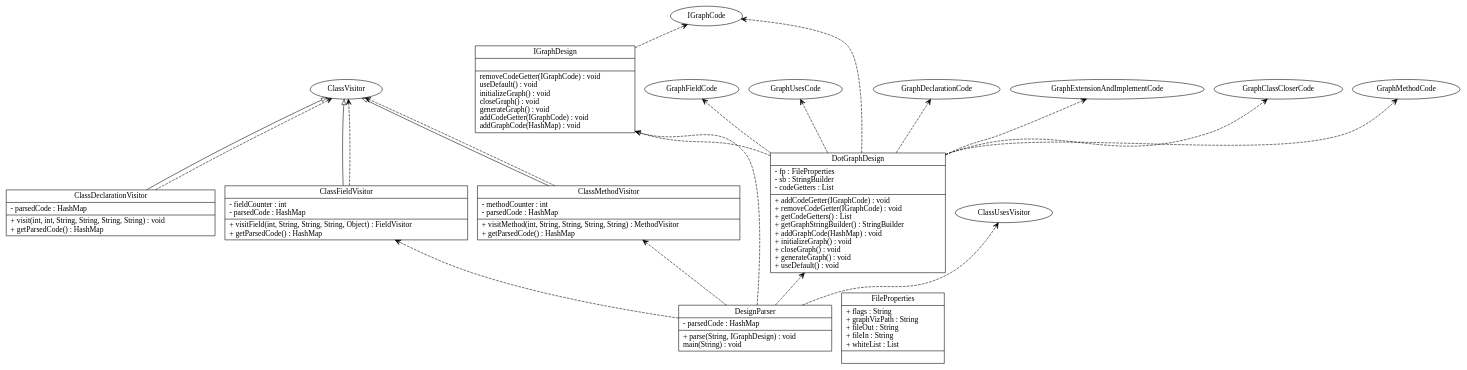
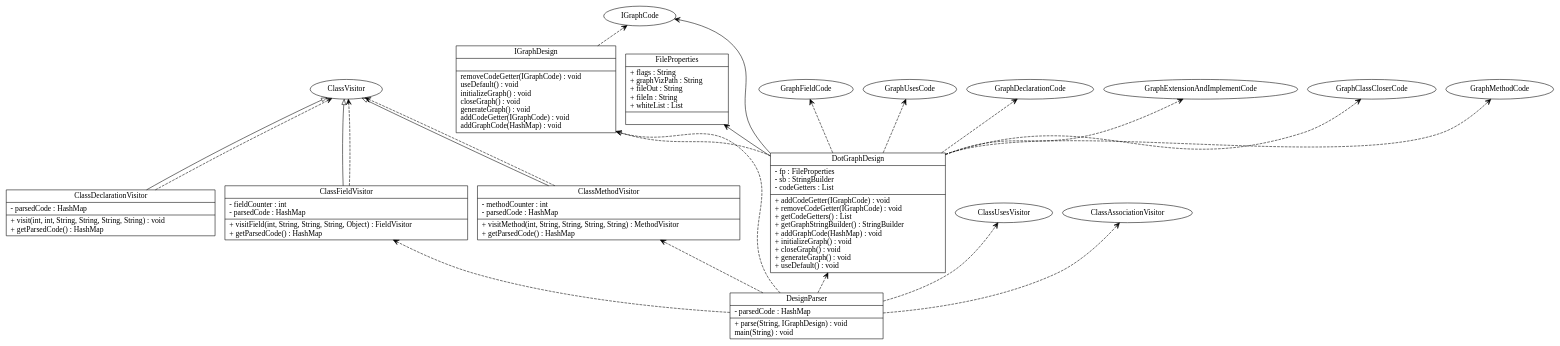
One commit to JGSquared/374Project changed the diagram in input_output/374Project.gv. Above: the diagram before and after it, drawn with Graphviz. The commit also changed 3 other files, not shown here.

Commit message:
Implemented code for Association arrows

```diff
--- a/input_output/374Project.gv
+++ b/input_output/374Project.gv
@@ -1,24 +1,24 @@
 digraph G{
 rankdir=BT;
 ClassDeclarationVisitor [
 shape="record",
 label = "{ClassDeclarationVisitor|- parsedCode : HashMap\l|+ visit(int, int, String, String, String, String) : void\l+ getParsedCode() : HashMap\l}"
 ];ClassDeclarationVisitor -> ClassVisitor [arrowhead="onormal", style="solid"];ClassDeclarationVisitor -> ClassVisitor [arrowhead="open", style="dashed"];ClassFieldVisitor [
 shape="record",
 label = "{ClassFieldVisitor|- fieldCounter : int\l- parsedCode : HashMap\l|+ visitField(int, String, String, String, Object) : FieldVisitor\l+ getParsedCode() : HashMap\l}"
 ];ClassFieldVisitor -> ClassVisitor [arrowhead="onormal", style="solid"];ClassFieldVisitor -> ClassVisitor [arrowhead="open", style="dashed"];ClassMethodVisitor [
 shape="record",
 label = "{ClassMethodVisitor|- methodCounter : int\l- parsedCode : HashMap\l|+ visitMethod(int, String, String, String, String) : MethodVisitor\l+ getParsedCode() : HashMap\l}"
 ];ClassMethodVisitor -> ClassVisitor [arrowhead="onormal", style="solid"];ClassMethodVisitor -> ClassVisitor [arrowhead="open", style="dashed"];DesignParser [
 shape="record",
 label = "{DesignParser|- parsedCode : HashMap\l|+ parse(String, IGraphDesign) : void\l main(String) : void\l}"
-];DesignParser -> IGraphDesign [arrowhead="open", style="dashed"];DesignParser -> DotGraphDesign [arrowhead="open", style="dashed"];DesignParser -> ClassUsesVisitor [arrowhead="open", style="dashed"];DesignParser -> ClassFieldVisitor [arrowhead="open", style="dashed"];DesignParser -> ClassMethodVisitor [arrowhead="open", style="dashed"];DotGraphDesign [
+];DesignParser -> IGraphDesign [arrowhead="open", style="dashed"];DesignParser -> DotGraphDesign [arrowhead="open", style="dashed"];DesignParser -> ClassUsesVisitor [arrowhead="open", style="dashed"];DesignParser -> ClassAssociationVisitor [arrowhead="open", style="dashed"];DesignParser -> ClassFieldVisitor [arrowhead="open", style="dashed"];DesignParser -> ClassMethodVisitor [arrowhead="open", style="dashed"];DotGraphDesign [
 shape="record",
 label = "{DotGraphDesign|- fp : FileProperties\l- sb : StringBuilder\l- codeGetters : List\l|+ addCodeGetter(IGraphCode) : void\l+ removeCodeGetter(IGraphCode) : void\l+ getCodeGetters() : List\l+ getGraphStringBuilder() : StringBuilder\l+ addGraphCode(HashMap) : void\l+ initializeGraph() : void\l+ closeGraph() : void\l+ generateGraph() : void\l+ useDefault() : void\l}"
-];DotGraphDesign -> IGraphDesign [arrowhead="onormal", style="dashed"];DotGraphDesign -> GraphFieldCode [arrowhead="open", style="dashed"];DotGraphDesign -> GraphUsesCode [arrowhead="open", style="dashed"];DotGraphDesign -> IGraphCode [arrowhead="open", style="dashed"];DotGraphDesign -> GraphDeclarationCode [arrowhead="open", style="dashed"];DotGraphDesign -> GraphExtensionAndImplementCode [arrowhead="open", style="dashed"];DotGraphDesign -> GraphClassCloserCode [arrowhead="open", style="dashed"];DotGraphDesign -> GraphMethodCode [arrowhead="open", style="dashed"];FileProperties [
+];DotGraphDesign -> IGraphDesign [arrowhead="onormal", style="dashed"];DotGraphDesign -> FileProperties [arrowhead="open", style="solid"];DotGraphDesign -> IGraphCode [arrowhead="open", style="solid"];DotGraphDesign -> GraphFieldCode [arrowhead="open", style="dashed"];DotGraphDesign -> GraphUsesCode [arrowhead="open", style="dashed"];DotGraphDesign -> GraphDeclarationCode [arrowhead="open", style="dashed"];DotGraphDesign -> GraphExtensionAndImplementCode [arrowhead="open", style="dashed"];DotGraphDesign -> GraphClassCloserCode [arrowhead="open", style="dashed"];DotGraphDesign -> GraphMethodCode [arrowhead="open", style="dashed"];FileProperties [
 shape="record",
 label = "{FileProperties|+ flags : String\l+ graphVizPath : String\l+ fileOut : String\l+ fileIn : String\l+ whiteList : List\l|}"
 ];IGraphDesign [
 shape="record",
 label = "{IGraphDesign|| removeCodeGetter(IGraphCode) : void\l useDefault() : void\l initializeGraph() : void\l closeGraph() : void\l generateGraph() : void\l addCodeGetter(IGraphCode) : void\l addGraphCode(HashMap) : void\l}"
 ];IGraphDesign -> IGraphCode [arrowhead="open", style="dashed"];}
```
